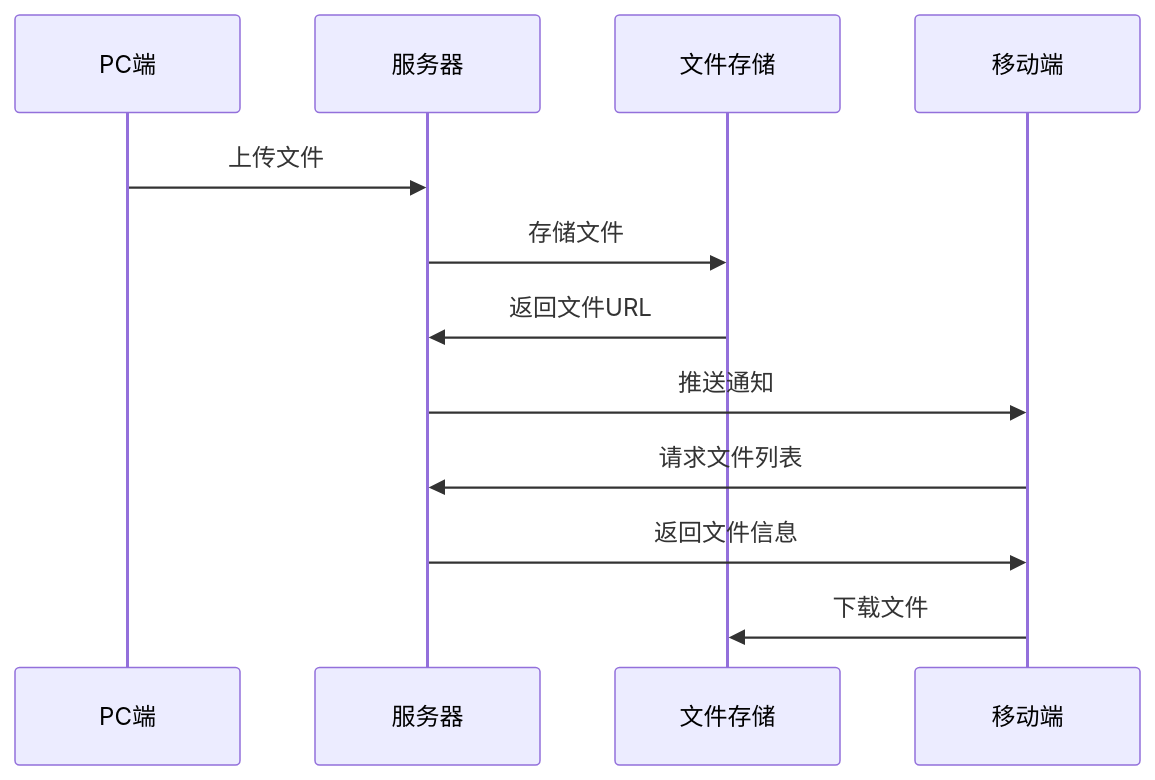
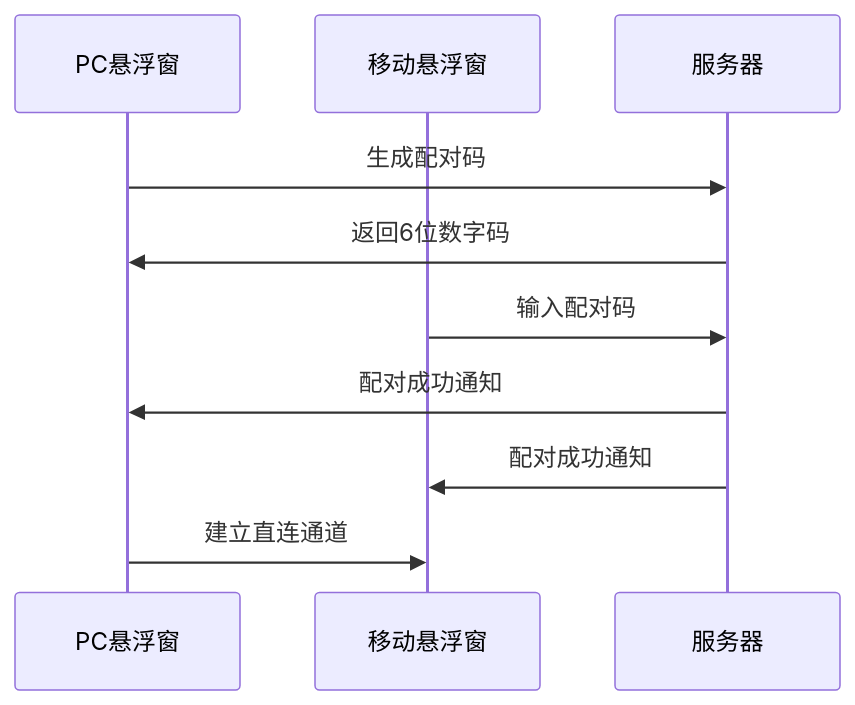
The fourth of 4 diagrams in docs/design.md (zengyi-thinking/Photo-transfer-software-for-PC-and-mobile), drawn with Mermaid before and after one commit. The commit also changed other lines of this file and 18 other files, not shown here.

````diff
--- a/docs/design.md
+++ b/docs/design.md
@@ -149,15 +210,13 @@
 ```mermaid
 sequenceDiagram
-    participant PC as PC端
+    participant PC as PC悬浮窗
+    participant Mobile as 移动悬浮窗
     participant Server as 服务器
-    participant Storage as 文件存储
-    participant Mobile as 移动端
-    
-    PC->>Server: 上传文件
-    Server->>Storage: 存储文件
-    Storage->>Server: 返回文件URL
-    Server->>Mobile: 推送通知
-    Mobile->>Server: 请求文件列表
-    Server->>Mobile: 返回文件信息
-    Mobile->>Storage: 下载文件
+
+    PC->>Server: 生成配对码
+    Server->>PC: 返回6位数字码
+    Mobile->>Server: 输入配对码
+    Server->>PC: 配对成功通知
+    Server->>Mobile: 配对成功通知
+    PC->>Mobile: 建立直连通道
 ```
````
